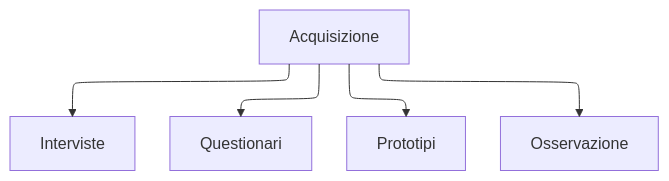
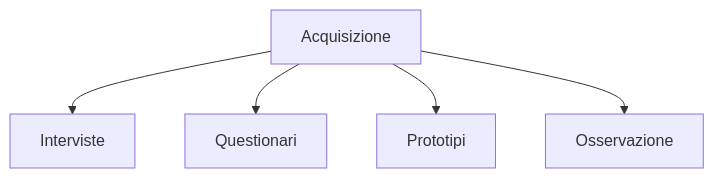
The second of 5 diagrams in src/content/docs/software_engineering/analisi_requisiti.md (Firi0n/appunti-unipi), drawn with Mermaid before and after one commit. The commit also changed other lines of this file and 12 other files, not shown here.

````diff
--- a/src/content/docs/software_engineering/analisi_requisiti.md
+++ b/src/content/docs/software_engineering/analisi_requisiti.md
@@ -48,14 +41,7 @@
 ```mermaid
----
-config:
-  layout: elk
-  elk: {
-    nodePlacementStrategy: "SIMPLE"
-  }
----
 graph TD
     Acquisizione --> Interviste
     Acquisizione --> Questionari
     Acquisizione --> Prototipi
     Acquisizione --> Osservazione
 ```
````
